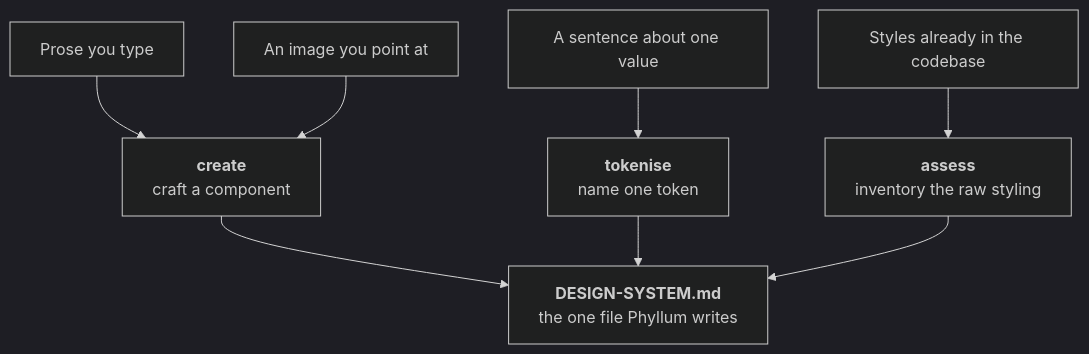
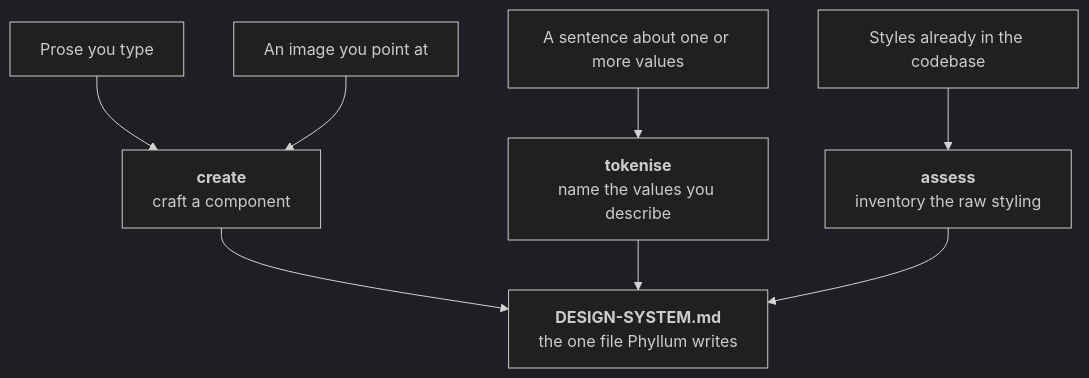
The diagram in README.md (ndisisnd/phyllum), drawn with Mermaid (dark theme) before and after one commit. The commit also changed other lines of this file and 14 other files, not shown here.

````diff
--- a/README.md
+++ b/README.md
@@ -128,11 +128,11 @@
 ```mermaid
 flowchart TD
   prose["Prose you type"] --> create
   image["An image you point at"] --> create
-  sentence["A sentence about one value"] --> tokenise
+  sentence["A sentence about one or more values"] --> tokenise
   code["Styles already in the codebase"] --> assess
   create["<b>create</b><br/>craft a component"] --> file
-  tokenise["<b>tokenise</b><br/>name one token"] --> file
+  tokenise["<b>tokenise</b><br/>name the values you describe"] --> file
   assess["<b>assess</b><br/>inventory the raw styling"] --> file
   file["<b>DESIGN-SYSTEM.md</b><br/>the one file Phyllum writes"]
 ```
````
